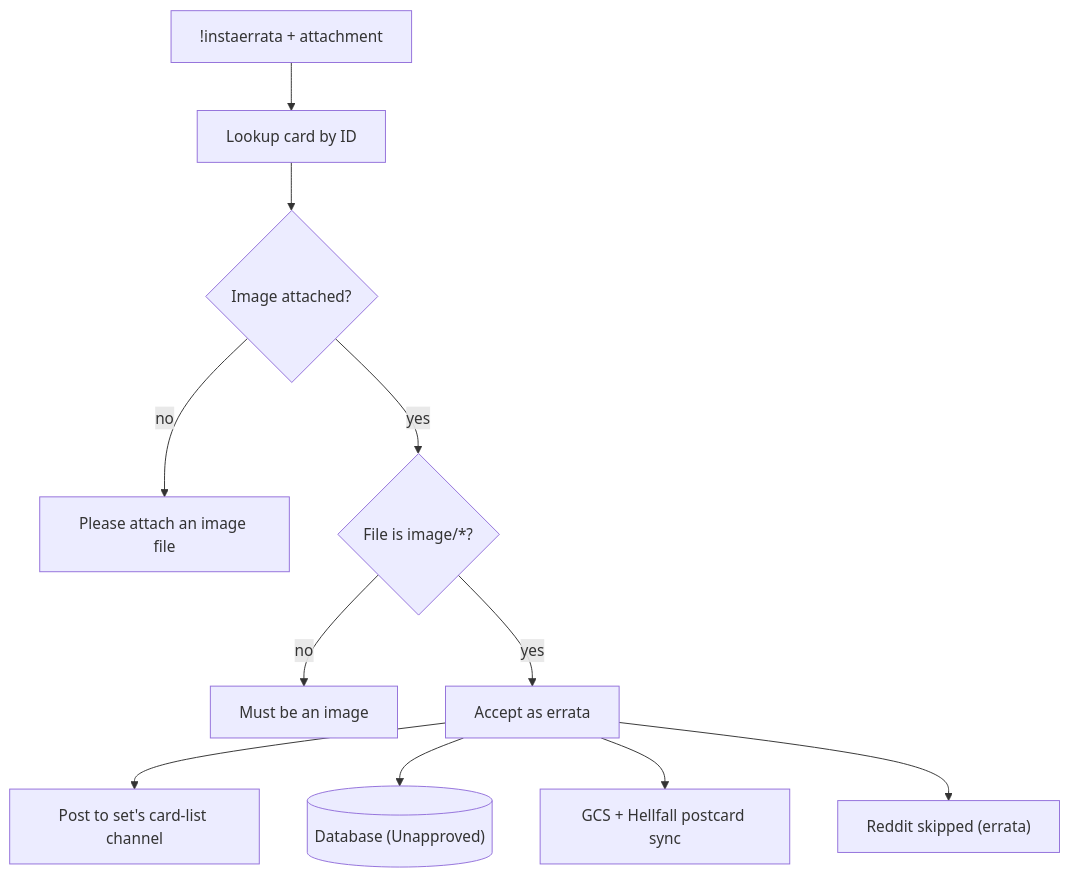
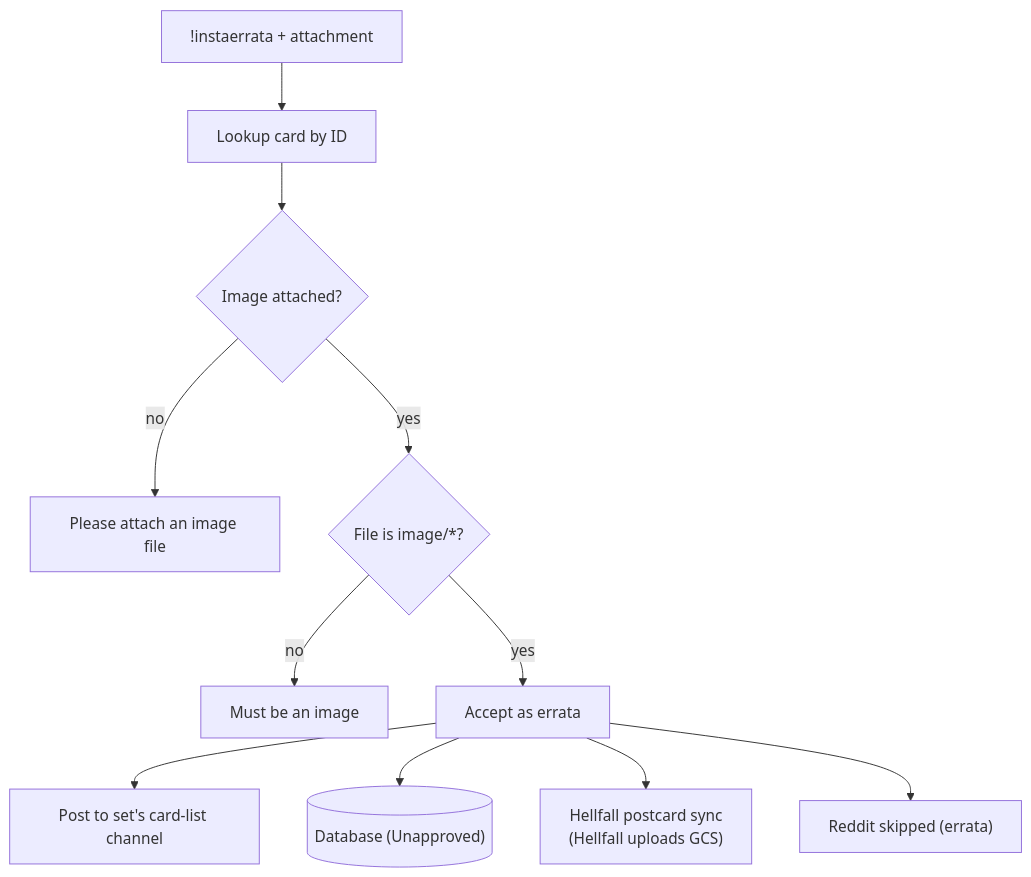
One commit to bones-bones/mork changed the second of 2 diagrams in docs/card-flows/errata.md. Above: the diagram before and after it, drawn with Mermaid. The commit also changed 5 other files, not shown here.

First line of the commit message:
Fix inverted branches and stale thresholds in card-flow Mermaid docs. (#183)

````diff
--- a/docs/card-flows/errata.md
+++ b/docs/card-flows/errata.md
@@ -44,13 +44,13 @@
 ```mermaid
 flowchart TD
   CMD["!instaerrata + attachment"] --> LOOKUP["Lookup card by ID"]
   LOOKUP --> VAL{"Image attached?"}
   VAL -->|no| ASK["Please attach an image file"]
   VAL -->|yes| TYPE{"File is image/*?"}
   TYPE -->|no| BAD["Must be an image"]
   TYPE -->|yes| ACC["Accept as errata"]
   ACC --> CL["Post to set's card-list channel"]
   ACC --> SH[("Database (Unapproved)")]
-  ACC --> HF["GCS + Hellfall postcard sync"]
+  ACC --> HF["Hellfall postcard sync<br/>(Hellfall uploads GCS)"]
   ACC --> RED["Reddit skipped (errata)"]
 ```
````
